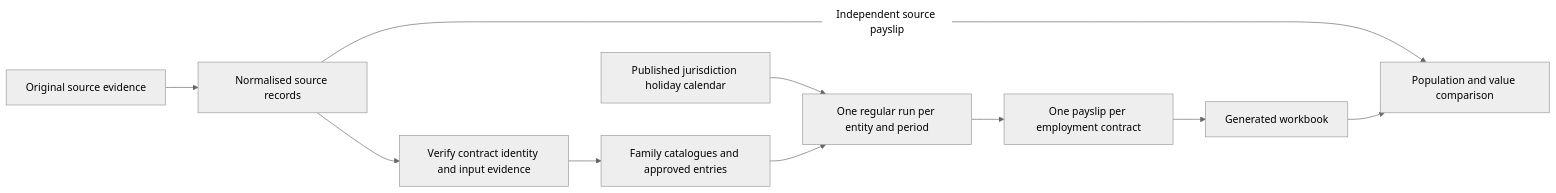
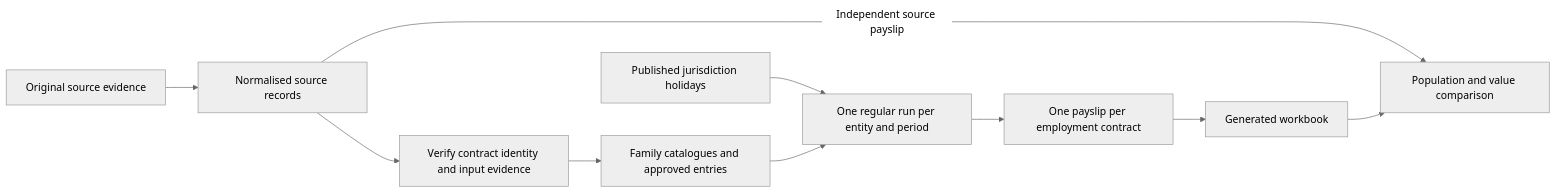
Before and after one commit to norbital-ai/templates: the diagram in hr-payroll/docs/data.md, drawn with Mermaid (neutral theme). The commit also changed other lines of this file and 95 other files, not shown here.

First line of the commit message:
hr-payroll: holidays are rows, published one by one; no annual calendar

````diff
--- a/hr-payroll/docs/data.md
+++ b/hr-payroll/docs/data.md
@@ -5,12 +5,12 @@
 ```mermaid
 flowchart LR
   RAW["Original source evidence"] --> CLEAN["Normalised source records"]
   CLEAN --> REVIEW["Verify contract identity and input evidence"]
   REVIEW --> INPUT["Family catalogues and approved entries"]
-  HOLIDAY["Published jurisdiction holiday calendar"] --> RUN
+  HOLIDAY["Published jurisdiction holidays"] --> RUN
   INPUT --> RUN["One regular run per entity and period"]
   RUN --> OUT["One payslip per employment contract"]
   OUT --> EXPORT["Generated workbook"]
   CLEAN -->|"Independent source payslip"| COMPARE["Population and value comparison"]
   EXPORT --> COMPARE
 ```
````
